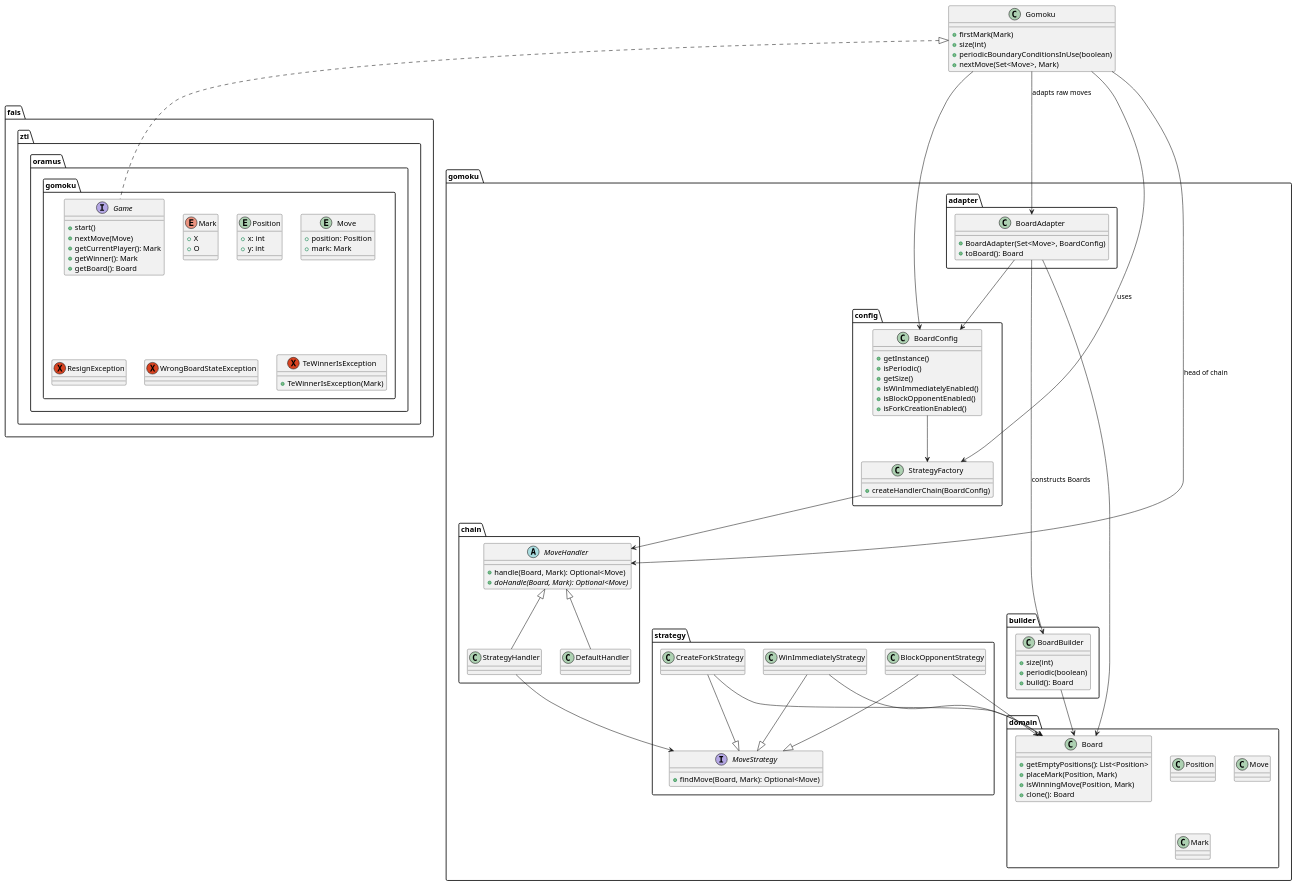
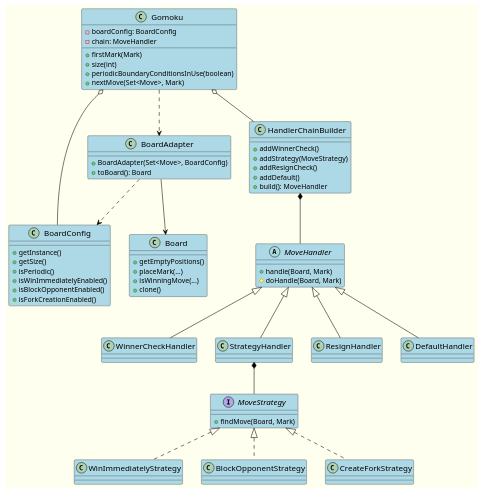
The diagram in doc/diagram.puml (logger421/OOP_Project), drawn with PlantUML before and after one commit. The commit also changed 11 other files, not shown here.

Commit message:
Updated diagram, cleaned up the code from redundant comments as I'll add project docs

```diff
--- a/doc/diagram.puml
+++ b/doc/diagram.puml
@@ -1,128 +1,78 @@
 @startuml
-' Pakiety
-package fais.zti.oramus.gomoku {
-    interface Game {
-        + start()
-        + nextMove(Move)
-        + getCurrentPlayer(): Mark
-        + getWinner(): Mark
-        + getBoard(): Board
-    }
-
-    enum Mark {
-        + X
-        + O
-    }
-    entity Position {
-        + x: int
-        + y: int
-    }
-    entity Move {
-        + position: Position
-        + mark: Mark
-    }
-    exception ResignException {}
-    exception WrongBoardStateException {}
-    exception TeWinnerIsException {
-        + TeWinnerIsException(Mark)
-    }
-
-
-}
-  class Gomoku {
-    + firstMark(Mark)
-    + size(int)
-    + periodicBoundaryConditionsInUse(boolean)
-    + nextMove(Set<Move>, Mark)
-  }
-
-package gomoku.config {
-  class BoardConfig {
-    + getInstance()
-    + isPeriodic()
-    + getSize()
-    + isWinImmediatelyEnabled()
-    + isBlockOpponentEnabled()
-    + isForkCreationEnabled()
-  }
-  class StrategyFactory {
-    + createHandlerChain(BoardConfig)
-  }
+skinparam defaultFontSize 13
+skinparam backgroundColor #IVORY
+skinparam class {
+  BackgroundColor #LIGHTBLUE
+  ArrowColor #BLACK
+  BorderColor #BLACK
+  FontSize 15
 }
 
-package gomoku.adapter {
-  class BoardAdapter {
-    + BoardAdapter(Set<Move>, BoardConfig)
-    + toBoard(): Board
-  }
+class Gomoku {
+  - boardConfig: BoardConfig
+  - chain: MoveHandler
+  + firstMark(Mark)
+  + size(int)
+  + periodicBoundaryConditionsInUse(boolean)
+  + nextMove(Set<Move>, Mark)
 }
 
-package gomoku.builder {
-  class BoardBuilder {
-    + size(int)
-    + periodic(boolean)
-    + build(): Board
-  }
+class BoardConfig {
+  + getInstance()
+  + getSize()
+  + isPeriodic()
+  + isWinImmediatelyEnabled()
+  + isBlockOpponentEnabled()
+  + isForkCreationEnabled()
 }
 
-package gomoku.domain {
-  class Board {
-    + getEmptyPositions(): List<Position>
-    + placeMark(Position, Mark)
-    + isWinningMove(Position, Mark)
-    + clone(): Board
-  }
-  class Position
-  class Move
-  class Mark
+class BoardAdapter {
+  + BoardAdapter(Set<Move>, BoardConfig)
+  + toBoard(): Board
 }
 
-package gomoku.chain {
-  abstract class MoveHandler {
-    + handle(Board, Mark): Optional<Move)
-    {abstract} + doHandle(Board, Mark): Optional<Move)
-  }
-  class StrategyHandler
-  class DefaultHandler
+class Board {
+  + getEmptyPositions()
+  + placeMark(...)
+  + isWinningMove(...)
+  + clone()
 }
 
-package gomoku.strategy {
-  interface MoveStrategy {
-    + findMove(Board, Mark): Optional<Move)
-  }
-  class WinImmediatelyStrategy
-  class BlockOpponentStrategy
-  class CreateForkStrategy
+interface MoveStrategy {
+  + findMove(Board, Mark)
 }
 
-' Relacje
-Gomoku <|.. Game
-Gomoku --> StrategyFactory        : uses
-Gomoku --> BoardAdapter           : adapts raw moves
-Gomoku --> BoardConfig
+abstract class MoveHandler {
+  + handle(Board, Mark)
+  # doHandle(Board, Mark)
+}
 
-BoardAdapter --> BoardBuilder     : constructs Boards
-BoardAdapter --> BoardConfig
+class HandlerChainBuilder {
+  + addWinnerCheck()
+  + addStrategy(MoveStrategy)
+  + addResignCheck()
+  + addDefault()
+  + build(): MoveHandler
+}
+
+class WinnerCheckHandler extends MoveHandler
+class StrategyHandler extends MoveHandler
+class ResignHandler extends MoveHandler
+class DefaultHandler extends MoveHandler
+
+class WinImmediatelyStrategy implements MoveStrategy
+class BlockOpponentStrategy implements MoveStrategy
+class CreateForkStrategy implements MoveStrategy
+
+Gomoku o-- BoardConfig
+Gomoku o-- HandlerChainBuilder
+
+Gomoku ..> BoardAdapter
 BoardAdapter --> Board
+BoardAdapter ..> BoardConfig
 
-BoardBuilder --> Board
+HandlerChainBuilder *-- MoveHandler
 
-StrategyFactory --> MoveHandler
-
-MoveHandler <|-- StrategyHandler
-MoveHandler <|-- DefaultHandler
-
-StrategyHandler --> MoveStrategy
-WinImmediatelyStrategy --|> MoveStrategy
-BlockOpponentStrategy --|> MoveStrategy
-CreateForkStrategy --|> MoveStrategy
-
-WinImmediatelyStrategy --> Board
-BlockOpponentStrategy --> Board
-CreateForkStrategy --> Board
-
-BoardConfig --> StrategyFactory
-
-Gomoku --> MoveHandler            : head of chain
+StrategyHandler *-- MoveStrategy
 
 @enduml
```
